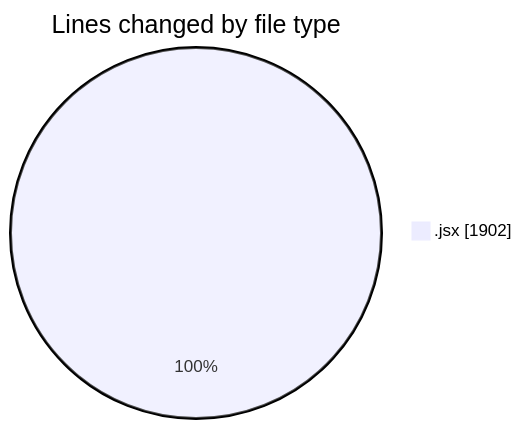
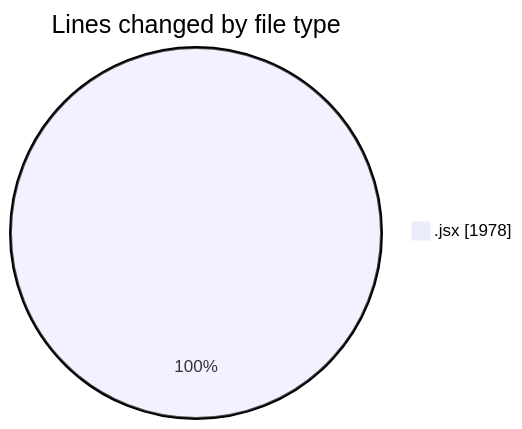
One commit to nxtqubesakshisongat/code-tracking changed the first of 2 diagrams in 2025-05-07/nxtqube_webapp/README.md. Above: the diagram before and after it, drawn with Mermaid. The commit also changed other lines of this file and 1 other file, not shown here.

````diff
--- a/2025-05-07/nxtqube_webapp/README.md
+++ b/2025-05-07/nxtqube_webapp/README.md
@@ -20,5 +21,5 @@
 ```mermaid
 pie showData
 title Lines changed by file type
-".jsx" : 1902
+".jsx" : 1978
 ```
````
